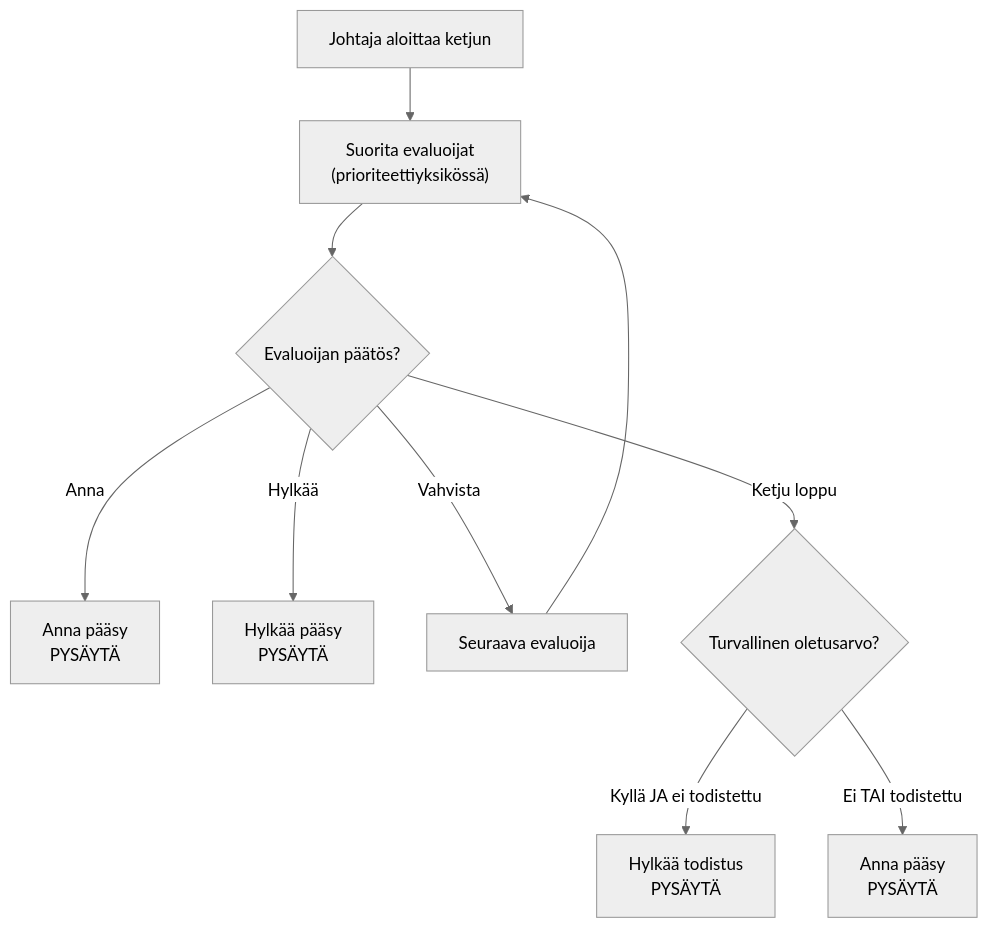
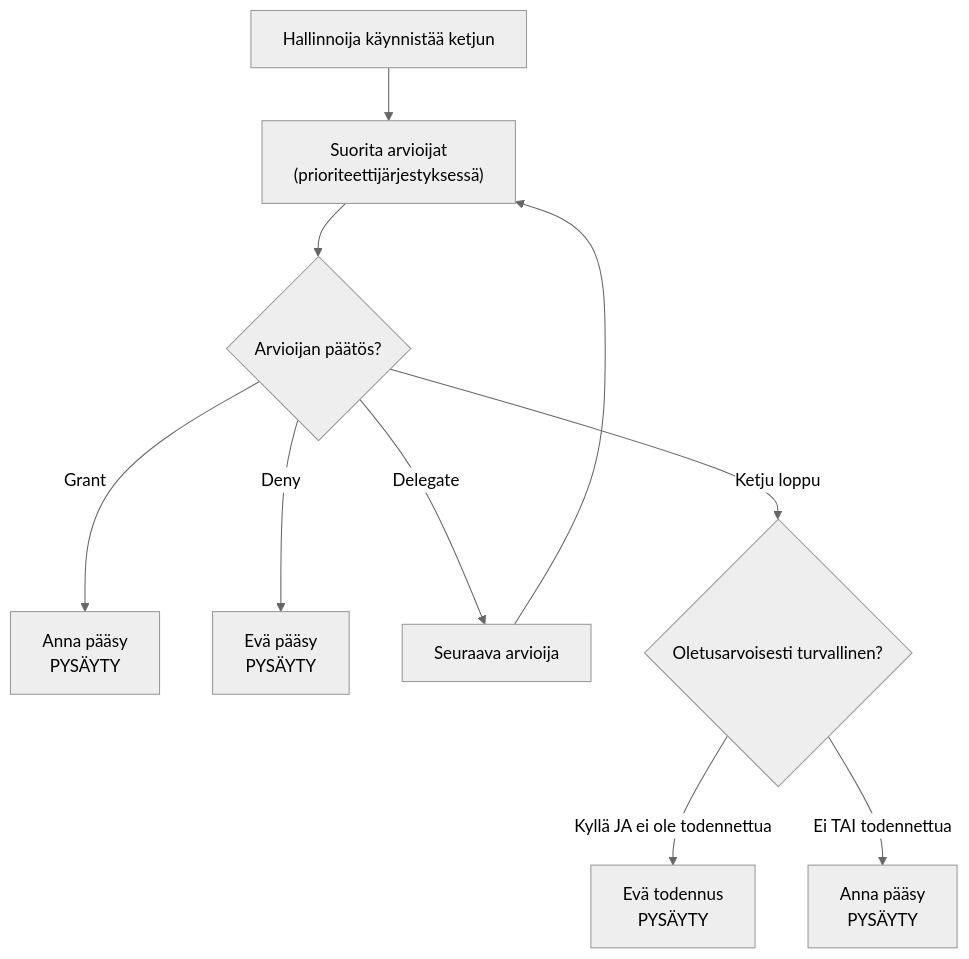
Before and after one commit to webforj/webforj-documentation: the diagram in docs/i18n/fi/docusaurus-plugin-content-docs/current/security/architecture/evaluator-chain.md, drawn with Mermaid (neutral theme). The commit also changed other lines of this file and 389 other files, not shown here.

````diff
--- a/docs/i18n/fi/docusaurus-plugin-content-docs/current/security/architecture/evaluator-chain.md
+++ b/docs/i18n/fi/docusaurus-plugin-content-docs/current/security/architecture/evaluator-chain.md
@@ -45,15 +45,15 @@
 ```mermaid
 flowchart TD
-    Start["Johtaja aloittaa ketjun"] --> Eval["Suorita evaluoijat<br/>(prioriteettiyksikössä)"]
+  Start["Hallinnoija käynnistää ketjun"] --> Eval["Suorita arvioijat<br/>(prioriteettijärjestyksessä)"]
 
-    Eval --> Check{"Evaluoijan päätös?"}
-    Check -->|Anna| Grant["Anna pääsy<br/>PYSÄYTÄ"]
-    Check -->|Hylkää| Deny["Hylkää pääsy<br/>PYSÄYTÄ"]
-    Check -->|Vahvista| Next["Seuraava evaluoija"]
+  Eval --> Check{"Arvioijan päätös?"}
+  Check -->|Grant| Grant["Anna pääsy<br/>PYSÄYTY"]
+  Check -->|Deny| Deny["Evä pääsy<br/>PYSÄYTY"]
+  Check -->|Delegate| Next["Seuraava arvioija"]
 
-    Next --> Eval
+  Next --> Eval
 
-    Check -->|Ketju loppu| Default{"Turvallinen oletusarvo?"}
-    Default -->|Kyllä JA ei todistettu| DenyDefault["Hylkää todistus<br/>PYSÄYTÄ"]
-    Default -->|Ei TAI todistettu| GrantDefault["Anna pääsy<br/>PYSÄYTÄ"]
+  Check -->|Ketju loppu| Default{"Oletusarvoisesti turvallinen?"}
+  Default -->|Kyllä JA ei ole todennettua| DenyDefault["Evä todennus<br/>PYSÄYTY"]
+  Default -->|Ei TAI todennettua| GrantDefault["Anna pääsy<br/>PYSÄYTY"]
 ```
````
